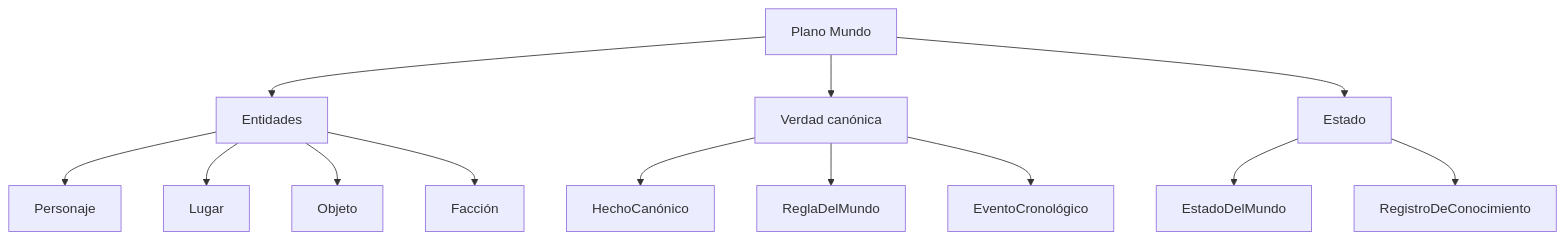
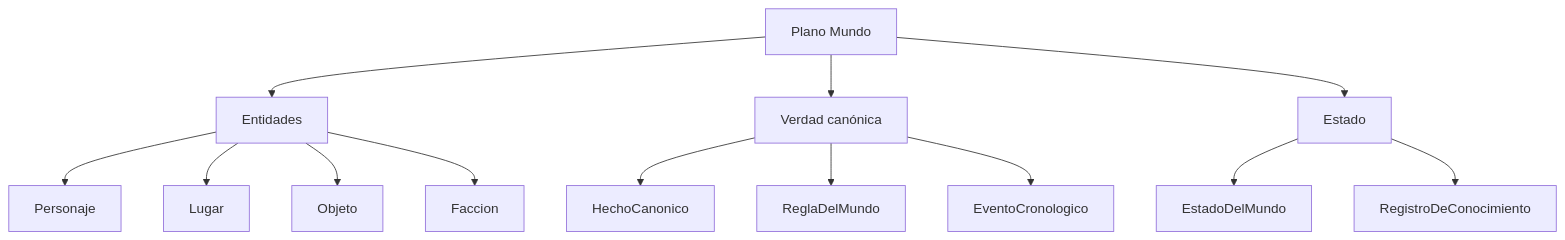
One commit to SantiagoEspinosa-ai/My_novel_story changed the third of 9 diagrams in Docs/domain-knowledge.md. Above: the diagram before and after it, drawn with Mermaid. The commit also changed other lines of this file and 5 other files, not shown here.

````diff
--- a/Docs/domain-knowledge.md
+++ b/Docs/domain-knowledge.md
@@ -44,16 +44,16 @@
 ```mermaid
 flowchart TD
   P2["Plano Mundo"]
   P2 --> E["Entidades"]
   P2 --> V["Verdad canónica"]
   P2 --> S["Estado"]
   E --> E1["Personaje"]
   E --> E2["Lugar"]
   E --> E3["Objeto"]
-  E --> E4["Facción"]
-  V --> V1["HechoCanónico"]
+  E --> E4["Faccion"]
+  V --> V1["HechoCanonico"]
   V --> V2["ReglaDelMundo"]
-  V --> V3["EventoCronológico"]
+  V --> V3["EventoCronologico"]
   S --> S1["EstadoDelMundo"]
   S --> S2["RegistroDeConocimiento"]
 ```
````
